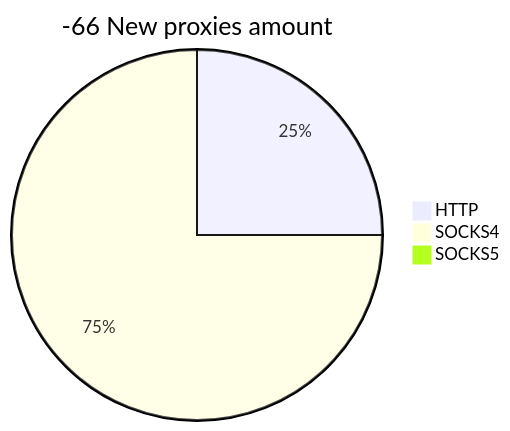
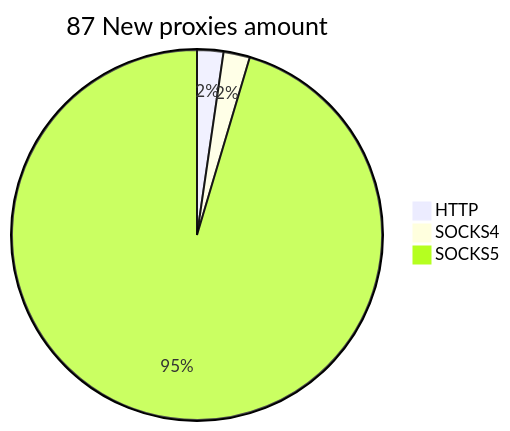
One commit to cutipu/proxylist changed the second of 2 diagrams in README.md. Above: the diagram before and after it, drawn with Mermaid. The commit also changed other lines of this file, not shown here.

````diff
--- a/README.md
+++ b/README.md
@@ -10,6 +10,6 @@
 ```mermaid
-pie title -66 New proxies amount
-    "HTTP" : 1
-    "SOCKS4" : 3
-    "SOCKS5" : 0
+pie title 87 New proxies amount
+    "HTTP" : 2
+    "SOCKS4" : 2
+    "SOCKS5" : 83
 ```
````
